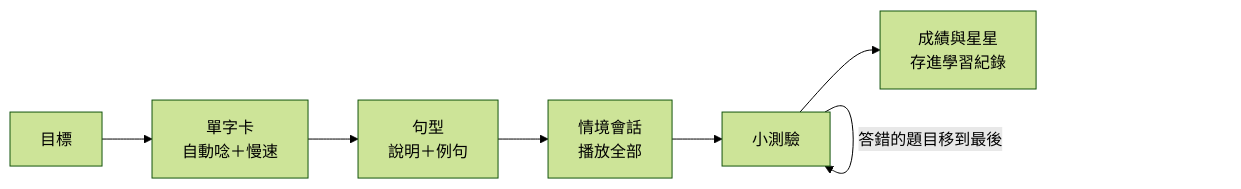
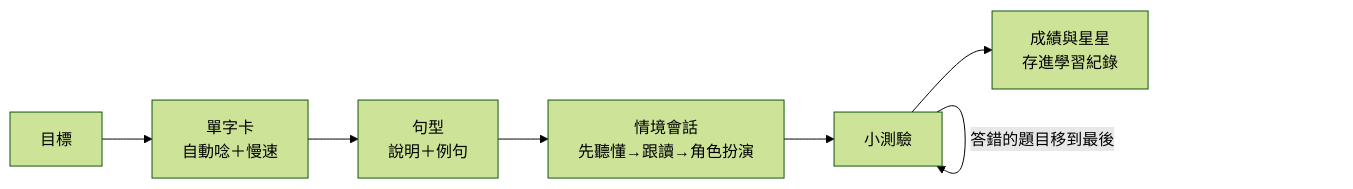
One commit to sean1093/Ippo changed the diagram in README.md. Above: the diagram before and after it, drawn with Mermaid (forest theme). The commit also changed other lines of this file and 16 other files, not shown here.

````diff
--- a/README.md
+++ b/README.md
@@ -40,9 +40,9 @@
 ```mermaid
 flowchart LR
   A[目標] --> B[單字卡<br/>自動唸＋慢速]
   B --> C[句型<br/>說明＋例句]
-  C --> D[情境會話<br/>播放全部]
+  C --> D[情境會話<br/>先聽懂→跟讀→角色扮演]
   D --> E[小測驗]
   E -->|答錯的題目移到最後| E
   E --> F[成績與星星<br/>存進學習紀錄]
 ```
````
